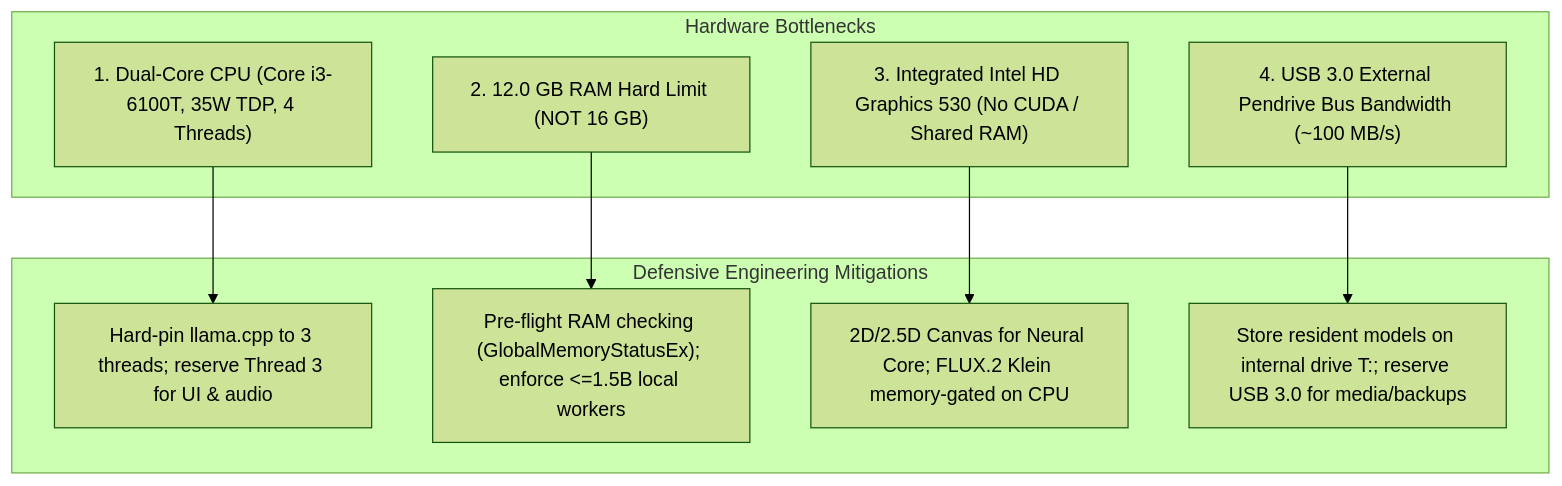
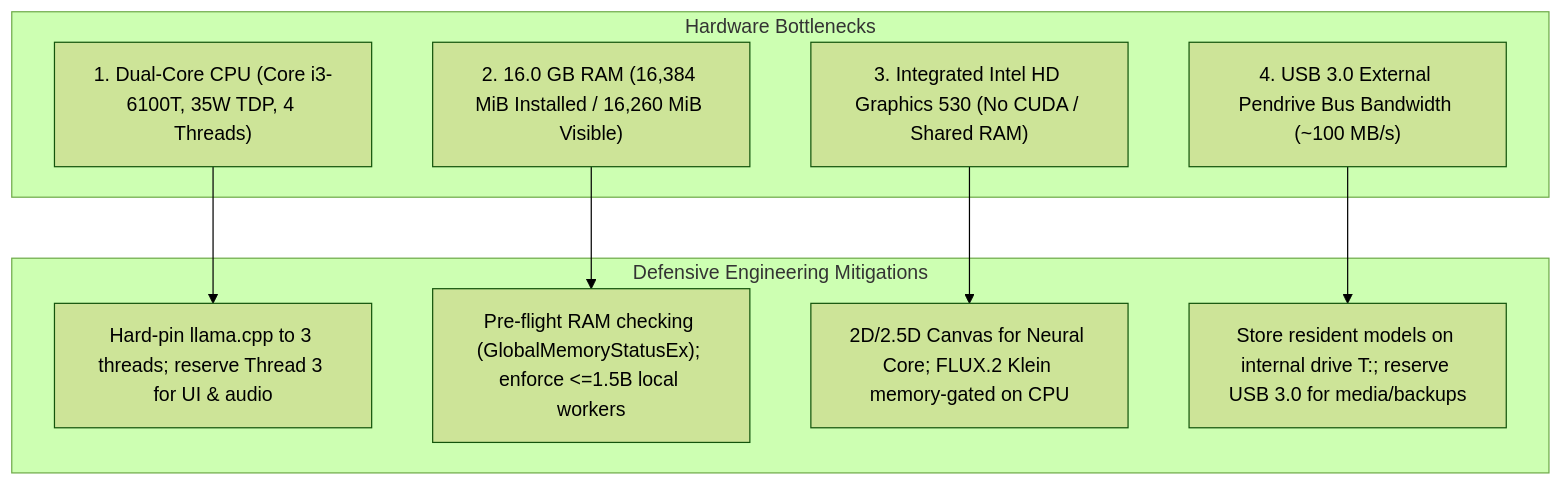
The diagram in KAATYA_RISKS_AND_UNRESOLVED_DECISIONS.md (vishishthgaurlittle-byte/stitch-neural-command-audit), drawn with Mermaid (forest theme) before and after one commit. The commit also changed other lines of this file and 20 other files, not shown here.

````diff
--- a/KAATYA_RISKS_AND_UNRESOLVED_DECISIONS.md
+++ b/KAATYA_RISKS_AND_UNRESOLVED_DECISIONS.md
@@ -7,21 +7,21 @@
 ```mermaid
 graph TD
     subgraph Bottlenecks ["Hardware Bottlenecks"]
         B1["1. Dual-Core CPU (Core i3-6100T, 35W TDP, 4 Threads)"]
-        B2["2. 12.0 GB RAM Hard Limit (NOT 16 GB)"]
+        B2["2. 16.0 GB RAM (16,384 MiB Installed / 16,260 MiB Visible)"]
         B3["3. Integrated Intel HD Graphics 530 (No CUDA / Shared RAM)"]
         B4["4. USB 3.0 External Pendrive Bus Bandwidth (~100 MB/s)"]
     end
 
     subgraph Mitigations ["Defensive Engineering Mitigations"]
         M1["Hard-pin llama.cpp to 3 threads; reserve Thread 3 for UI & audio"]
         M2["Pre-flight RAM checking (GlobalMemoryStatusEx); enforce <=1.5B local workers"]
         M3["2D/2.5D Canvas for Neural Core; FLUX.2 Klein memory-gated on CPU"]
         M4["Store resident models on internal drive T:; reserve USB 3.0 for media/backups"]
     end
 
     B1 --> M1
     B2 --> M2
     B3 --> M3
     B4 --> M4
 ```
````
